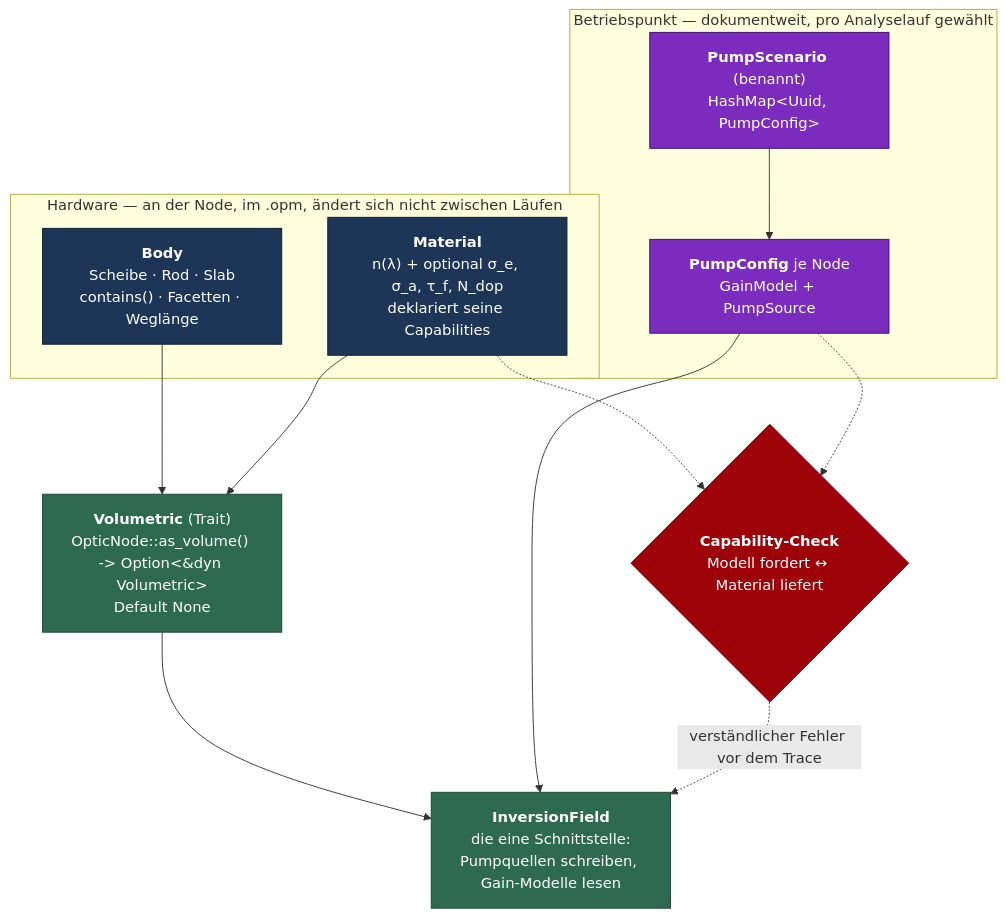
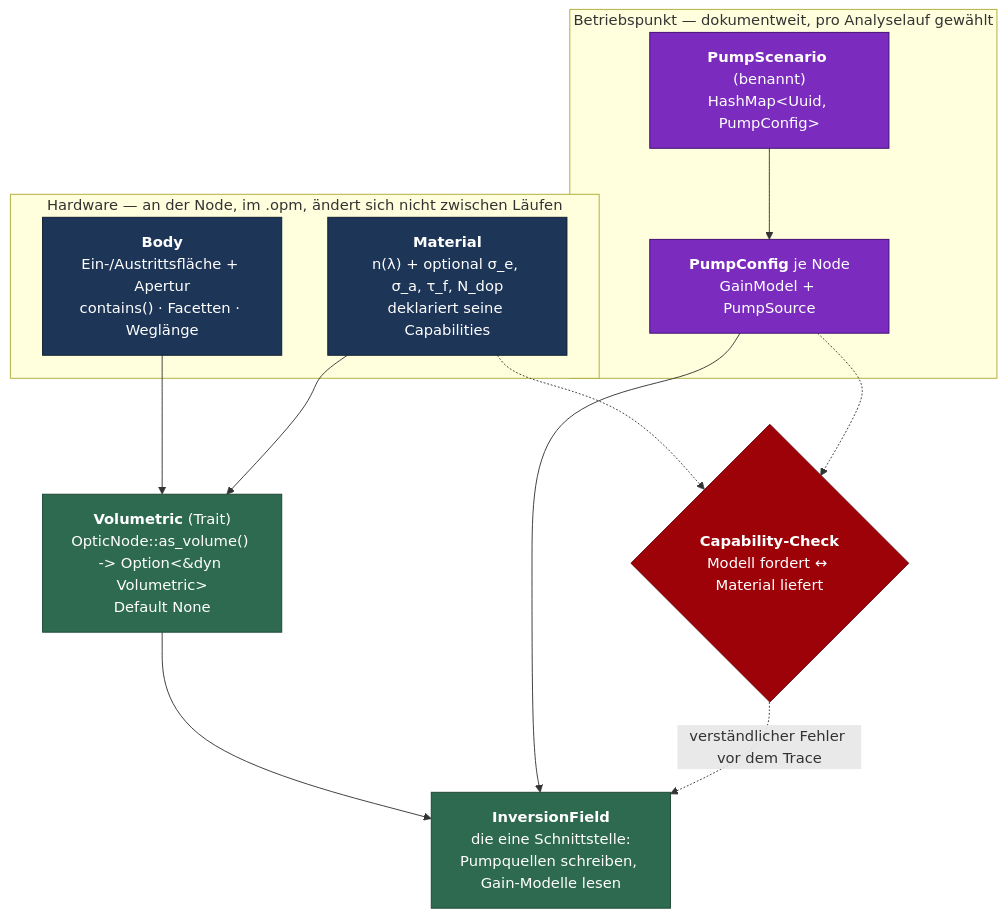
The diagram in plan_verstaerkung/ARCHITEKTUR.md (opossum-labs/opossum), drawn with Mermaid before and after one commit. The commit also changed other lines of this file and 10 other files, not shown here.

````diff
--- a/plan_verstaerkung/ARCHITEKTUR.md
+++ b/plan_verstaerkung/ARCHITEKTUR.md
@@ -61,32 +61,32 @@
 ```mermaid
 flowchart TD
     subgraph HW["Hardware — an der Node, im .opm, ändert sich nicht zwischen Läufen"]
-        BODY["<b>Body</b><br/>Scheibe · Rod · Slab<br/>contains() · Facetten · Weglänge"]
+        BODY["<b>Body</b><br/>Ein-/Austrittsfläche + Apertur<br/>contains() · Facetten · Weglänge"]
         MAT["<b>Material</b><br/>n(λ) + optional σ_e, σ_a, τ_f, N_dop<br/>deklariert seine Capabilities"]
     end
     TRAIT["<b>Volumetric</b> (Trait)<br/>OpticNode::as_volume() -> Option&lt;&dyn Volumetric&gt;<br/>Default None"]
     subgraph OP["Betriebspunkt — dokumentweit, pro Analyselauf gewählt"]
         SCEN["<b>PumpScenario</b> (benannt)<br/>HashMap&lt;Uuid, PumpConfig&gt;"]
         PC["<b>PumpConfig</b> je Node<br/>GainModel + PumpSource"]
     end
     INV["<b>InversionField</b><br/>die eine Schnittstelle:<br/>Pumpquellen schreiben, Gain-Modelle lesen"]
     CHK{"<b>Capability-Check</b><br/>Modell fordert ↔ Material liefert"}
 
     BODY --> TRAIT
     MAT --> TRAIT
     SCEN --> PC
     TRAIT --> INV
     PC --> INV
     MAT -.-> CHK
     PC -.-> CHK
     CHK -.->|"verständlicher Fehler vor dem Trace"| INV
 
     classDef hw fill:#1d3557,stroke:#0d1b2a,color:#fff
     classDef op fill:#7b2cbf,stroke:#3c096c,color:#fff
     classDef iface fill:#2d6a4f,stroke:#1b4332,color:#fff
     classDef chk fill:#9d0208,stroke:#6a040f,color:#fff
     class BODY,MAT hw
     class SCEN,PC op
     class TRAIT,INV iface
     class CHK chk
 ```
````
